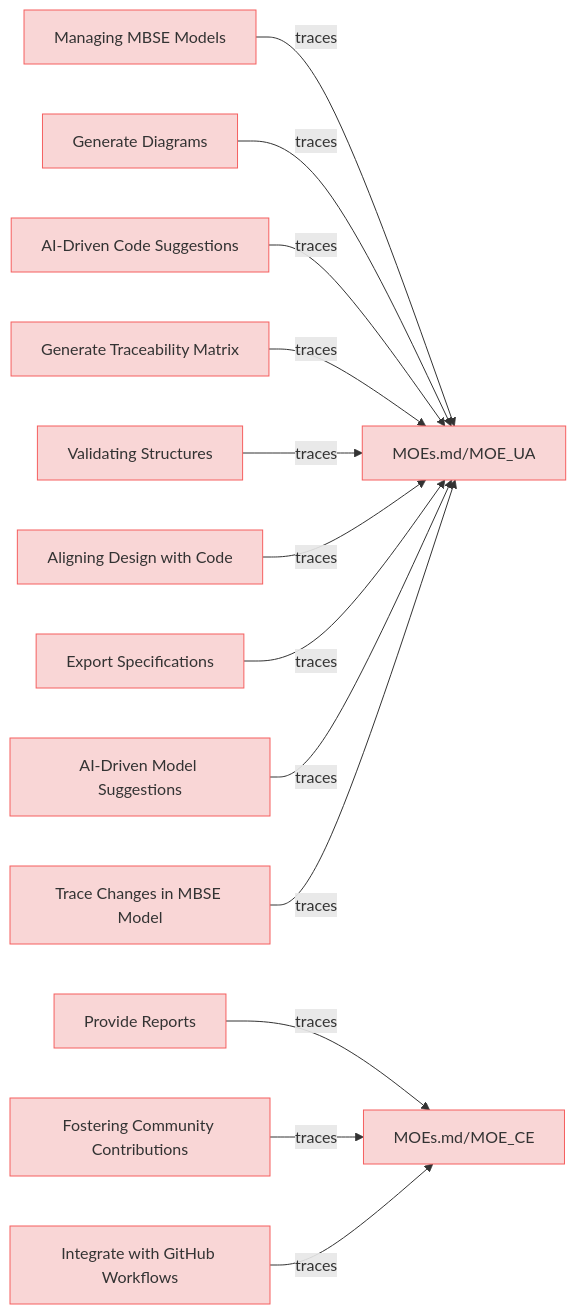
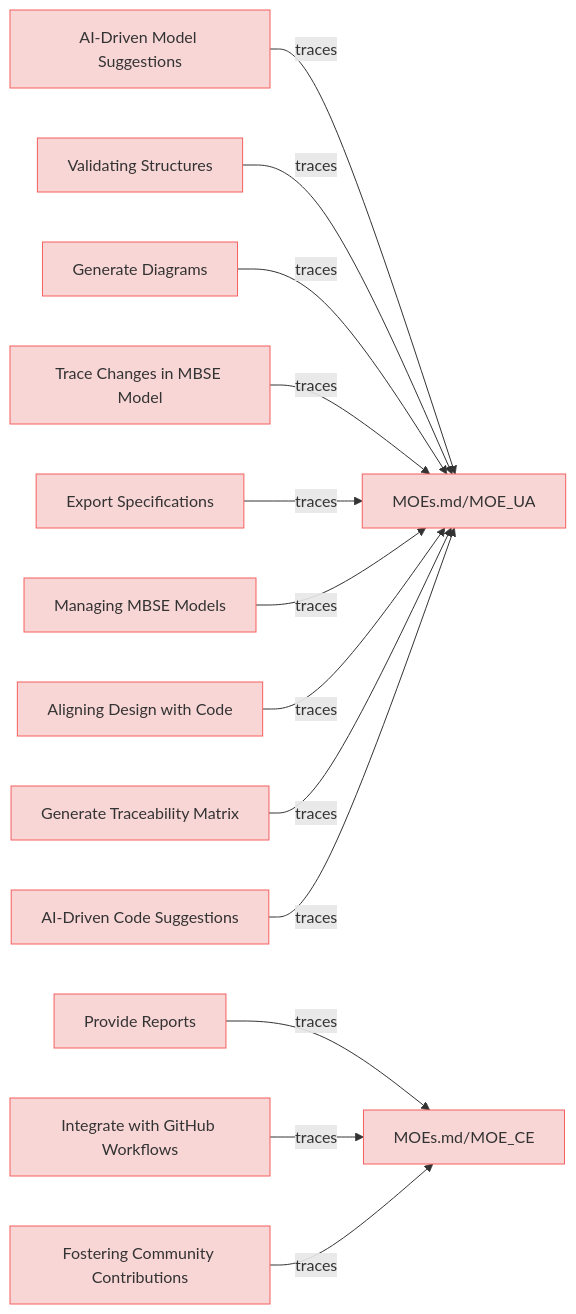
Before and after one commit to reqvire-org/reqvire: the diagram in specifications/UserStories.md, drawn with Mermaid. The commit also changed other lines of this file and 10 other files, not shown here.

````diff
--- a/specifications/UserStories.md
+++ b/specifications/UserStories.md
@@ -11,63 +11,63 @@
 ```mermaid
 graph LR;
   %% Graph styling
   classDef requirement fill:#f9d6d6,stroke:#f55f5f,stroke-width:1px;
   classDef verification fill:#d6f9d6,stroke:#5fd75f,stroke-width:1px;
   classDef externalLink fill:#d0e0ff,stroke:#3080ff,stroke-width:1px;
   classDef default fill:#f5f5f5,stroke:#333333,stroke-width:1px;
 
-  852dea6cfe["Managing MBSE Models"];
-  click 852dea6cfe "UserStories.md#managing-mbse-models";
-  class 852dea6cfe requirement;
+  6912d98267["AI-Driven Model Suggestions"];
+  click 6912d98267 "UserStories.md#ai-driven-model-suggestions";
+  class 6912d98267 requirement;
   f6237e49f7["MOEs.md/MOE_UA"];
   class f6237e49f7 requirement;
   click f6237e49f7 "MOEs.md#moe_ua";
-  852dea6cfe -->|traces| f6237e49f7;
+  6912d98267 -->|traces| f6237e49f7;
+  a60d88b6e2["Validating Structures"];
+  click a60d88b6e2 "UserStories.md#validating-structures";
+  class a60d88b6e2 requirement;
+  a60d88b6e2 -->|traces| f6237e49f7;
   fe32882ee2["Provide Reports"];
   click fe32882ee2 "UserStories.md#provide-reports";
   class fe32882ee2 requirement;
   b3f57e49f7["MOEs.md/MOE_CE"];
   class b3f57e49f7 requirement;
   click b3f57e49f7 "MOEs.md#moe_ce";
   fe32882ee2 -->|traces| b3f57e49f7;
   cf0026c2fe["Generate Diagrams"];
   click cf0026c2fe "UserStories.md#generate-diagrams";
   class cf0026c2fe requirement;
   cf0026c2fe -->|traces| f6237e49f7;
+  ba120b7caf["Integrate with GitHub Workflows"];
+  click ba120b7caf "UserStories.md#integrate-with-github-workflows";
+  class ba120b7caf requirement;
+  ba120b7caf -->|traces| b3f57e49f7;
+  36d8b2eb16["Trace Changes in MBSE Model"];
+  click 36d8b2eb16 "UserStories.md#trace-changes-in-mbse-model";
+  class 36d8b2eb16 requirement;
+  36d8b2eb16 -->|traces| f6237e49f7;
+  100197ce81["Export Specifications"];
+  click 100197ce81 "UserStories.md#export-specifications";
+  class 100197ce81 requirement;
+  100197ce81 -->|traces| f6237e49f7;
+  852dea6cfe["Managing MBSE Models"];
+  click 852dea6cfe "UserStories.md#managing-mbse-models";
+  class 852dea6cfe requirement;
+  852dea6cfe -->|traces| f6237e49f7;
   cdc9a9c908["Fostering Community Contributions"];
   click cdc9a9c908 "UserStories.md#fostering-community-contributions";
   class cdc9a9c908 requirement;
   cdc9a9c908 -->|traces| b3f57e49f7;
+  de2d3516cd["Aligning Design with Code"];
+  click de2d3516cd "UserStories.md#aligning-design-with-code";
+  class de2d3516cd requirement;
+  de2d3516cd -->|traces| f6237e49f7;
+  e4eb5bf7e5["Generate Traceability Matrix"];
+  click e4eb5bf7e5 "UserStories.md#generate-traceability-matrix";
+  class e4eb5bf7e5 requirement;
+  e4eb5bf7e5 -->|traces| f6237e49f7;
   a4657fca5a["AI-Driven Code Suggestions"];
   click a4657fca5a "UserStories.md#ai-driven-code-suggestions";
   class a4657fca5a requirement;
   a4657fca5a -->|traces| f6237e49f7;
-  ba120b7caf["Integrate with GitHub Workflows"];
-  click ba120b7caf "UserStories.md#integrate-with-github-workflows";
-  class ba120b7caf requirement;
-  ba120b7caf -->|traces| b3f57e49f7;
-  e4eb5bf7e5["Generate Traceability Matrix"];
-  click e4eb5bf7e5 "UserStories.md#generate-traceability-matrix";
-  class e4eb5bf7e5 requirement;
-  e4eb5bf7e5 -->|traces| f6237e49f7;
-  a60d88b6e2["Validating Structures"];
-  click a60d88b6e2 "UserStories.md#validating-structures";
-  class a60d88b6e2 requirement;
-  a60d88b6e2 -->|traces| f6237e49f7;
-  de2d3516cd["Aligning Design with Code"];
-  click de2d3516cd "UserStories.md#aligning-design-with-code";
-  class de2d3516cd requirement;
-  de2d3516cd -->|traces| f6237e49f7;
-  100197ce81["Export Specifications"];
-  click 100197ce81 "UserStories.md#export-specifications";
-  class 100197ce81 requirement;
-  100197ce81 -->|traces| f6237e49f7;
-  6912d98267["AI-Driven Model Suggestions"];
-  click 6912d98267 "UserStories.md#ai-driven-model-suggestions";
-  class 6912d98267 requirement;
-  6912d98267 -->|traces| f6237e49f7;
-  36d8b2eb16["Trace Changes in MBSE Model"];
-  click 36d8b2eb16 "UserStories.md#trace-changes-in-mbse-model";
-  class 36d8b2eb16 requirement;
-  36d8b2eb16 -->|traces| f6237e49f7;
 ```
````
